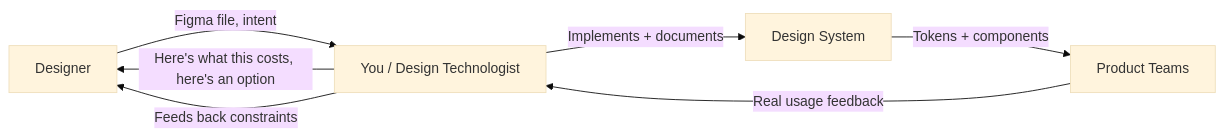
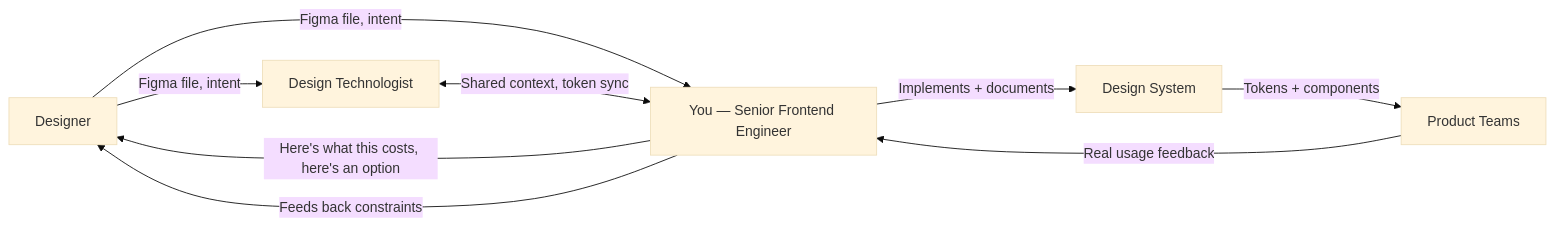
The diagram in src/content/chapters/design-technologist-round.mdx (SubhamSengupta/design-systems-interview-handbook), drawn with Mermaid (base theme) before and after one commit. The commit also changed other lines of this file, not shown here.

````diff
--- a/src/content/chapters/design-technologist-round.mdx
+++ b/src/content/chapters/design-technologist-round.mdx
@@ -108,9 +112,11 @@
 ```mermaid
 flowchart LR
-  D[Designer] -->|Figma file, intent| DT[You / Design Technologist]
-  DT -->|"Here's what this costs, here's an option"| D
-  DT -->|Implements + documents| Sys[Design System]
+  D[Designer] -->|Figma file, intent| DT[Design Technologist]
+  D -->|Figma file, intent| You[You — Senior Frontend Engineer]
+  DT <-->|Shared context, token sync| You
+  You -->|"Here's what this costs, here's an option"| D
+  You -->|Implements + documents| Sys[Design System]
   Sys -->|Tokens + components| Prod[Product Teams]
-  Prod -->|Real usage feedback| DT
-  DT -->|Feeds back constraints| D
+  Prod -->|Real usage feedback| You
+  You -->|Feeds back constraints| D
 ```
````
